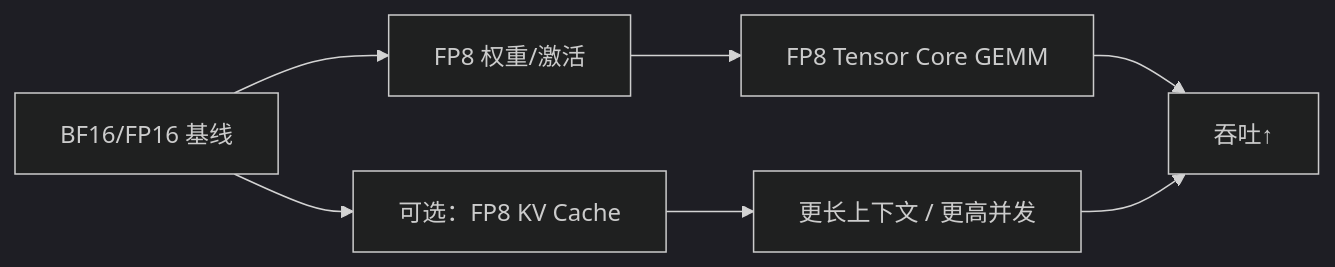
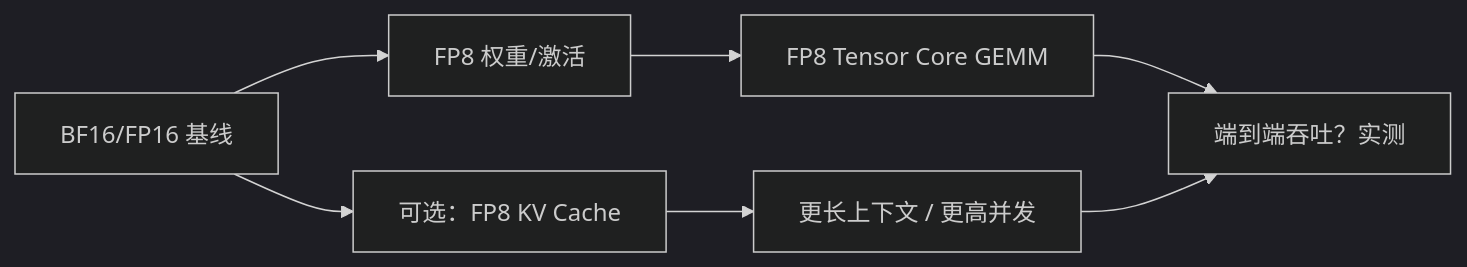
The diagram in docs/guides/模块四-推理优化/第4章-量化/4.5-FP8与NVFP4.md (tqm6666/AIInfraGuide), drawn with Mermaid (dark theme) before and after one commit. The commit also changed other lines of this file and 6 other files, not shown here.

````diff
--- a/docs/guides/模块四-推理优化/第4章-量化/4.5-FP8与NVFP4.md
+++ b/docs/guides/模块四-推理优化/第4章-量化/4.5-FP8与NVFP4.md
@@ -69,9 +86,9 @@
 ```mermaid
 flowchart LR
     A["BF16/FP16 基线"] --> B["FP8 权重/激活"]
     B --> C["FP8 Tensor Core GEMM"]
     A --> D["可选：FP8 KV Cache"]
     D --> E["更长上下文 / 更高并发"]
-    C --> F["吞吐↑"]
+    C --> F["端到端吞吐？实测"]
     E --> F
 ```
````
